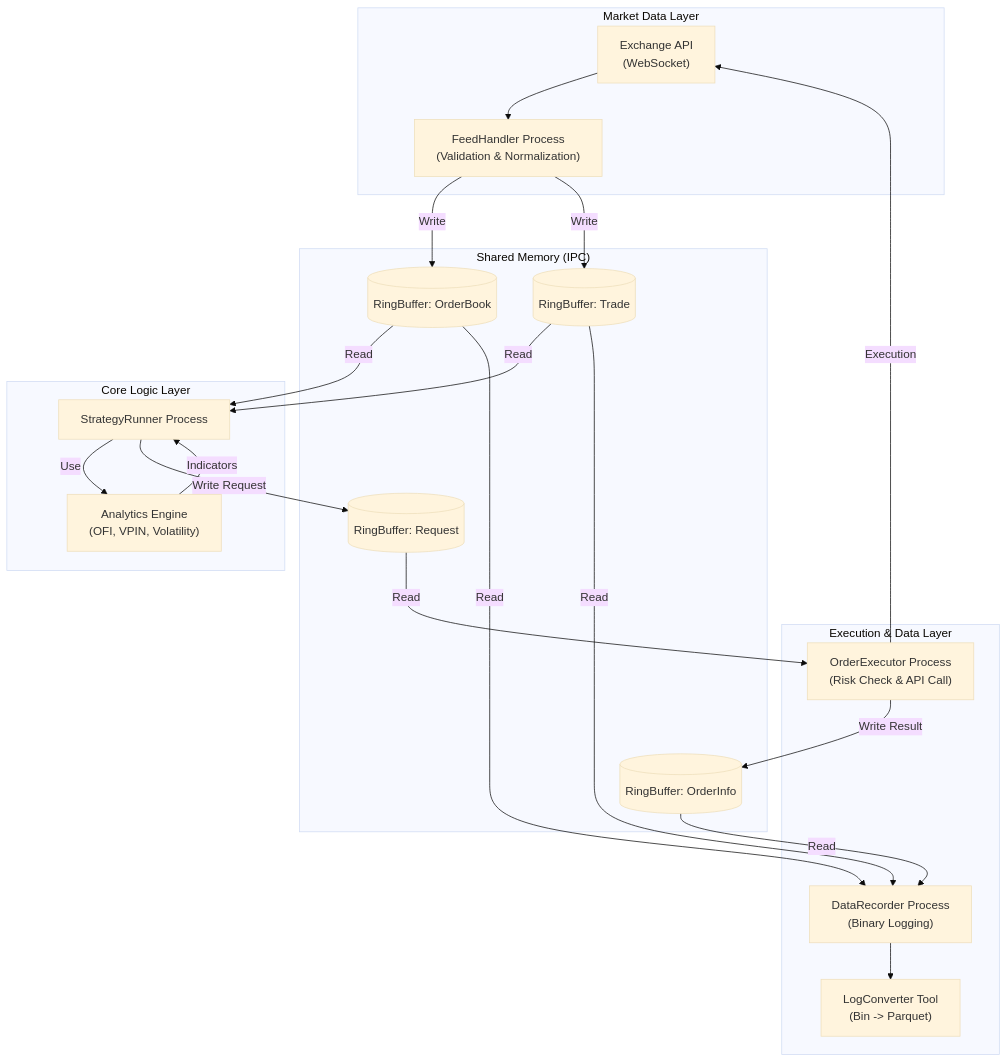
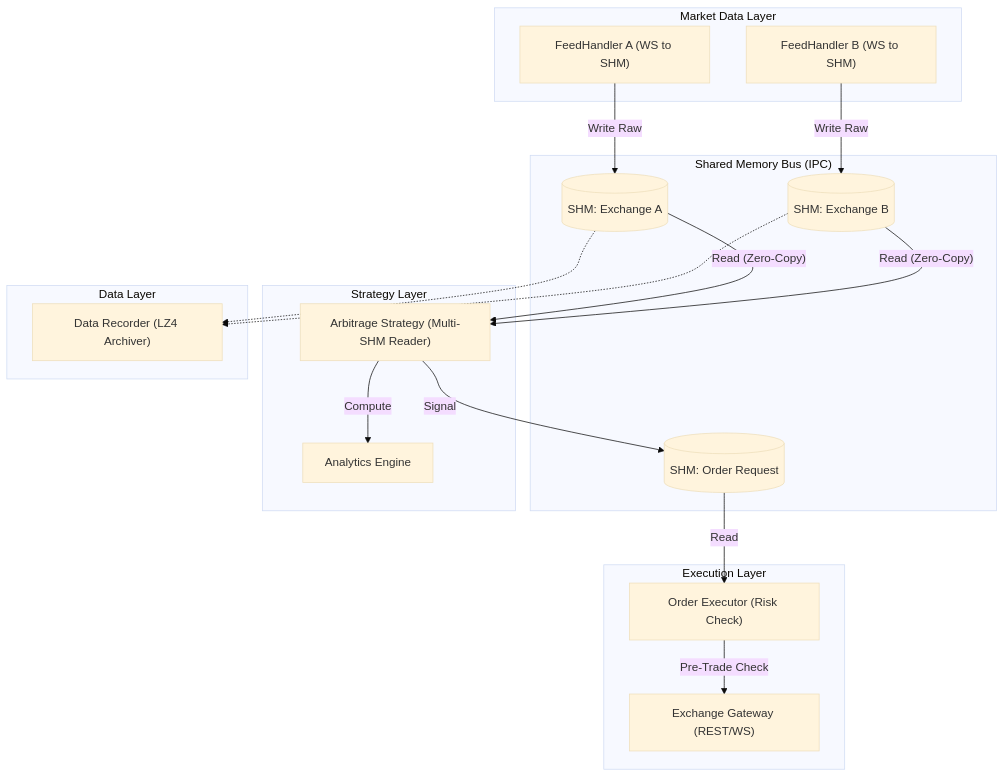
One commit to namkyu33/hft-system-architecture changed the diagram in README.md. Above: the diagram before and after it, drawn with Mermaid (base theme). The commit also changed other lines of this file, not shown here.

````diff
--- a/README.md
+++ b/README.md
@@ -12,41 +26,44 @@
 ```mermaid
 graph TD
+    %% Nodes
     subgraph "Market Data Layer"
-        ExchangeAPI["Exchange API\n(WebSocket)"]
-        FeedHandler["FeedHandler Process\n(Validation & Normalization)"]
+        FeedA["FeedHandler A (WS to SHM)"]
+        FeedB["FeedHandler B (WS to SHM)"]
     end
 
-    subgraph "Shared Memory (IPC)"
-        SHM_Book[("RingBuffer: OrderBook")]
-        SHM_Trade[("RingBuffer: Trade")]
-        SHM_Req[("RingBuffer: Request")]
-        SHM_Info[("RingBuffer: OrderInfo")]
+    subgraph "Shared Memory Bus (IPC)"
+        SHM_A[("SHM: Exchange A")]
+        SHM_B[("SHM: Exchange B")]
+        SHM_Order[("SHM: Order Request")]
     end
     
-    subgraph "Core Logic Layer"
-        StrategyRunner["StrategyRunner Process"]
-        AnalyticsLib["Analytics Engine\n(OFI, VPIN, Volatility)"]
+    subgraph "Strategy Layer"
+        ArbStrategy["Arbitrage Strategy (Multi-SHM Reader)"]
+        Analytics["Analytics Engine"]
     end
 
-    subgraph "Execution & Data Layer"
-        OrderExecutor["OrderExecutor Process\n(Risk Check & API Call)"]
-        DataRecorder["DataRecorder Process\n(Binary Logging)"]
-        LogConverter["LogConverter Tool\n(Bin -> Parquet)"]
+    subgraph "Execution Layer"
+        Executor["Order Executor (Risk Check)"]
+        ExchangeAPI["Exchange Gateway (REST/WS)"]
     end
 
-    %% Flow
-    ExchangeAPI --> FeedHandler
-    FeedHandler -- "Write" --> SHM_Book & SHM_Trade
+    subgraph "Data Layer"
+        Recorder["Data Recorder (LZ4 Archiver)"]
+    end
+
+    %% Edges
+    FeedA -- "Write Raw" --> SHM_A
+    FeedB -- "Write Raw" --> SHM_B
     
-    SHM_Book & SHM_Trade -- "Read" --> StrategyRunner
-    StrategyRunner -- "Use" --> AnalyticsLib
-    AnalyticsLib -- "Indicators" --> StrategyRunner
+    SHM_A -- "Read (Zero-Copy)" --> ArbStrategy
+    SHM_B -- "Read (Zero-Copy)" --> ArbStrategy
     
-    StrategyRunner -- "Write Request" --> SHM_Req
-    SHM_Req -- "Read" --> OrderExecutor
-    OrderExecutor -- "Execution" --> ExchangeAPI
-    OrderExecutor -- "Write Result" --> SHM_Info
+    ArbStrategy -- "Compute" --> Analytics
+    ArbStrategy -- "Signal" --> SHM_Order
     
-    SHM_Book & SHM_Trade & SHM_Info -- "Read" --> DataRecorder
-    DataRecorder --> LogConverter
+    SHM_Order -- "Read" --> Executor
+    Executor -- "Pre-Trade Check" --> ExchangeAPI
+    
+    SHM_A -.-> Recorder
+    SHM_B -.-> Recorder
 ```
````
